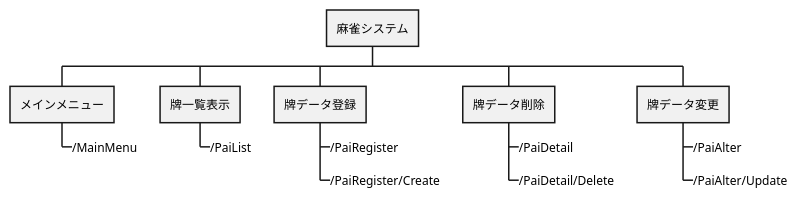
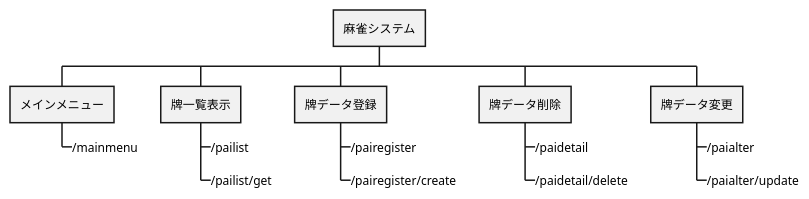
Before and after one commit to NakataTPD/2018-k-web-training: the first of 10 diagrams in document/詳細設計書/詳細設計書.md, drawn with PlantUML. The commit also changed other lines of this file and 1 other file, not shown here.

````diff
--- a/document/詳細設計書/詳細設計書.md
+++ b/document/詳細設計書/詳細設計書.md
@@ -82,18 +88,19 @@
 ```puml
 @startwbs
 + 麻雀システム
 ++ メインメニュー
-+++_ /MainMenu
++++_ /mainmenu
 ++ 牌一覧表示
-+++_ /PaiList
++++_ /pailist
++++_ /pailist/get
 ++ 牌データ登録
-+++_ /PaiRegister
-+++_ /PaiRegister/Create
++++_ /pairegister
++++_ /pairegister/create
 ++ 牌データ削除
-+++_ /PaiDetail
-+++_ /PaiDetail/Delete
++++_ /paidetail
++++_ /paidetail/delete
 ++ 牌データ変更
-+++_ /PaiAlter
-+++_ /PaiAlter/Update
++++_ /paialter
++++_ /paialter/update
 @endwbs
 ```
````
